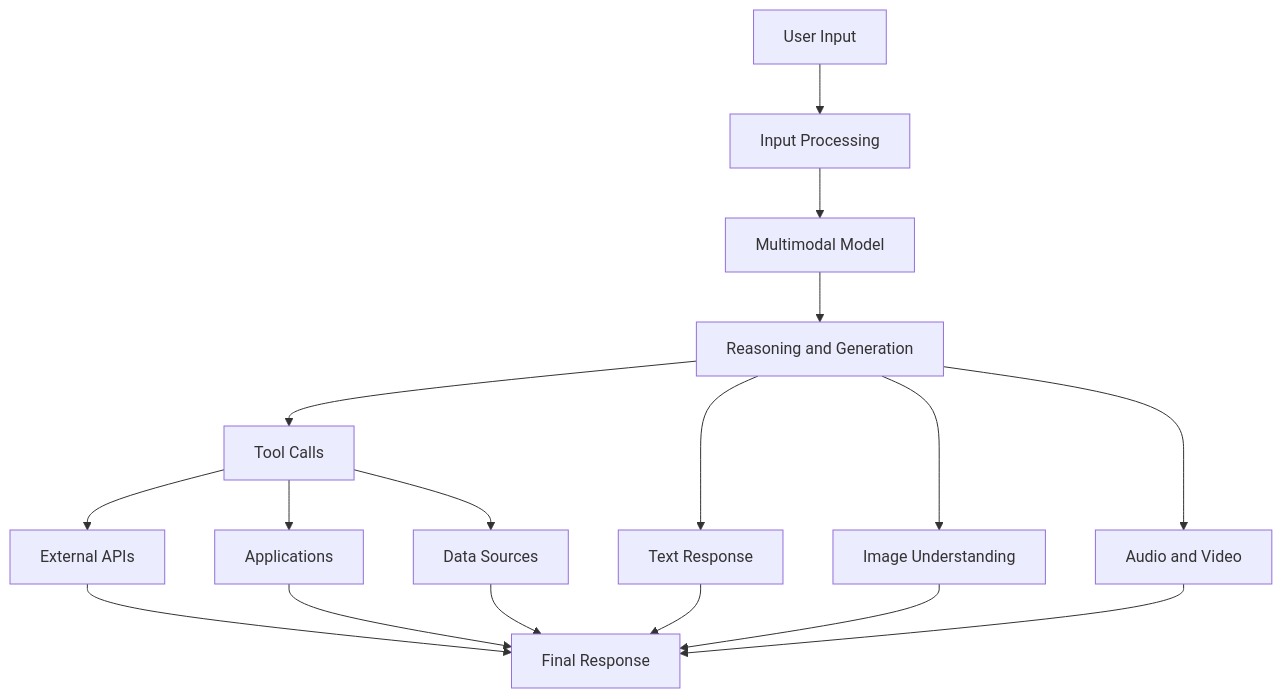
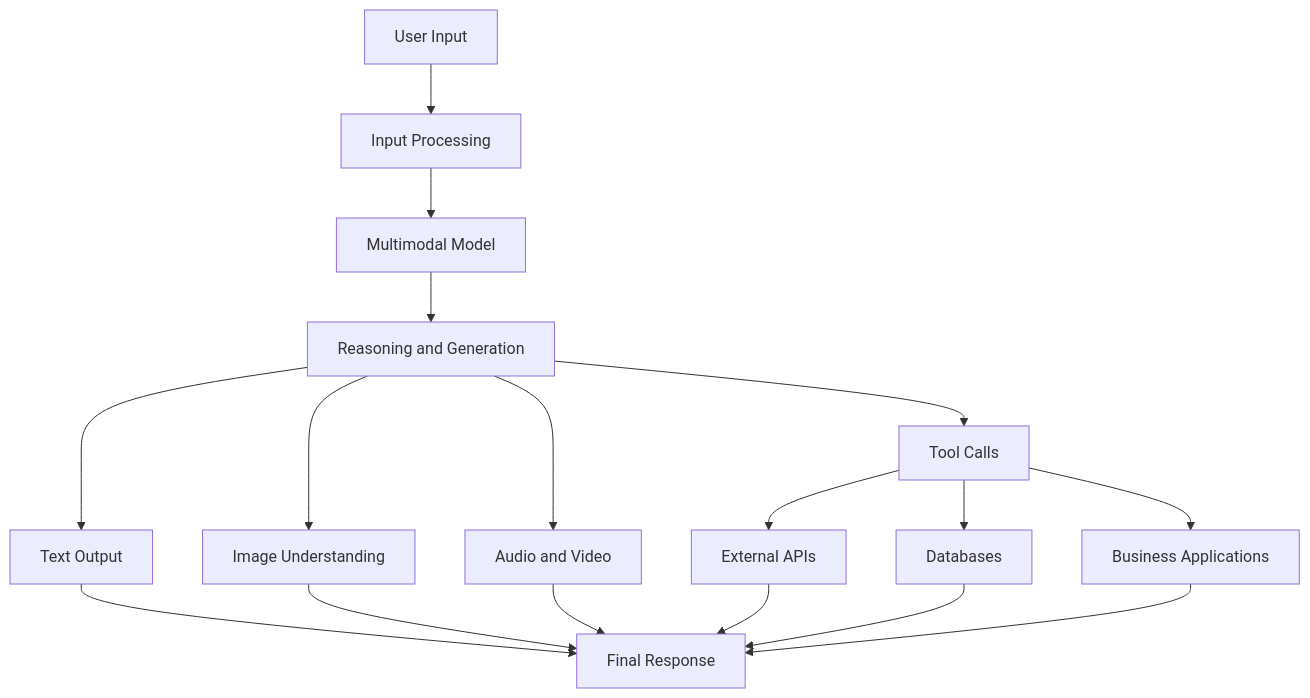
Before and after one commit to Ayush-srivastava504/System-design: diagram 11 of 19 in DAY-005-GOOGLE-CASE-STUDY.md, drawn with Mermaid. The commit also changed other lines of this file, not shown here.

````diff
--- a/DAY-005-GOOGLE-CASE-STUDY.md
+++ b/DAY-005-GOOGLE-CASE-STUDY.md
@@ -335,22 +1163,22 @@
 ```mermaid
 flowchart TD
-    A[User Input] --> B[Input Processing]
-    B --> C[Multimodal Model]
-    C --> D[Reasoning and Generation]
+    A["User Input"] --> B["Input Processing"]
+    B --> C["Multimodal Model"]
+    C --> D["Reasoning and Generation"]
 
-    D --> E[Text Response]
-    D --> F[Image Understanding]
-    D --> G[Audio and Video]
-    D --> H[Tool Calls]
+    D --> E["Text Output"]
+    D --> F["Image Understanding"]
+    D --> G["Audio and Video"]
+    D --> H["Tool Calls"]
 
-    H --> I[External APIs]
-    H --> J[Applications]
-    H --> K[Data Sources]
+    H --> I["External APIs"]
+    H --> J["Databases"]
+    H --> K["Business Applications"]
 
-    I --> L[Final Response]
+    E --> L["Final Response"]
+    F --> L
+    G --> L
+    I --> L
     J --> L
     K --> L
-    E --> L
-    F --> L
-    G --> L
 ```
````
